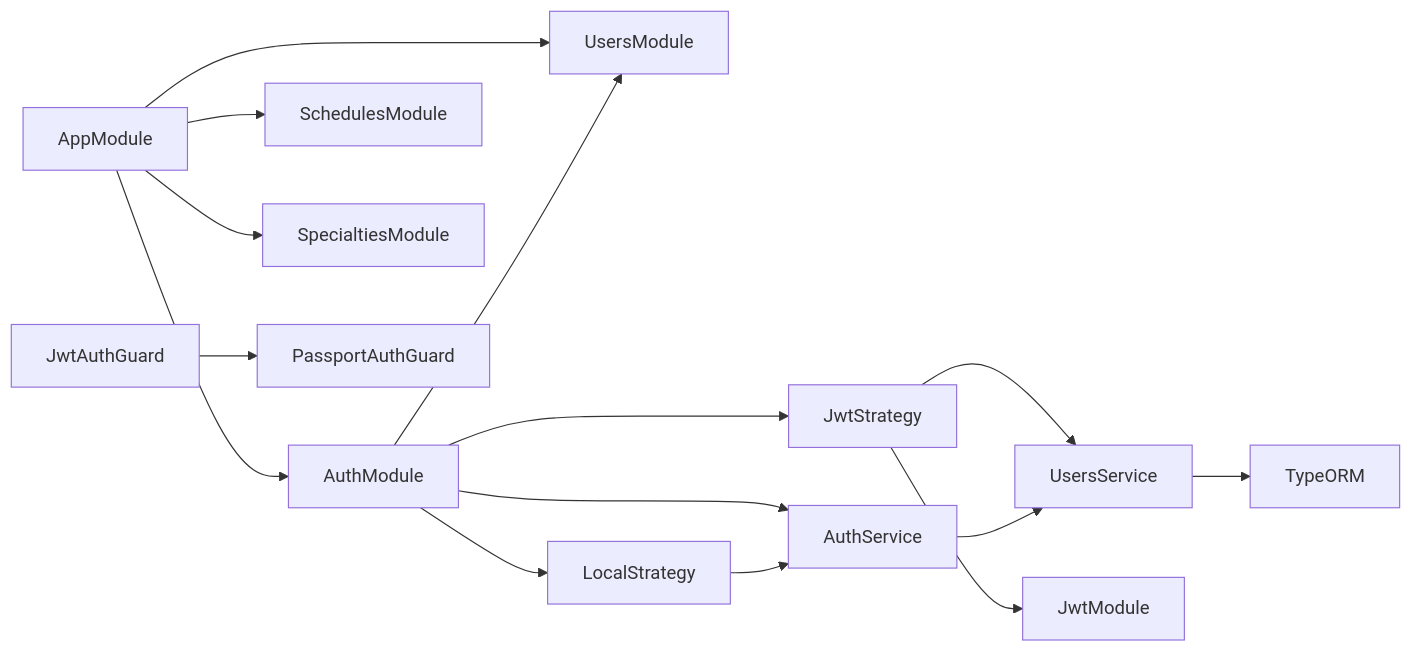
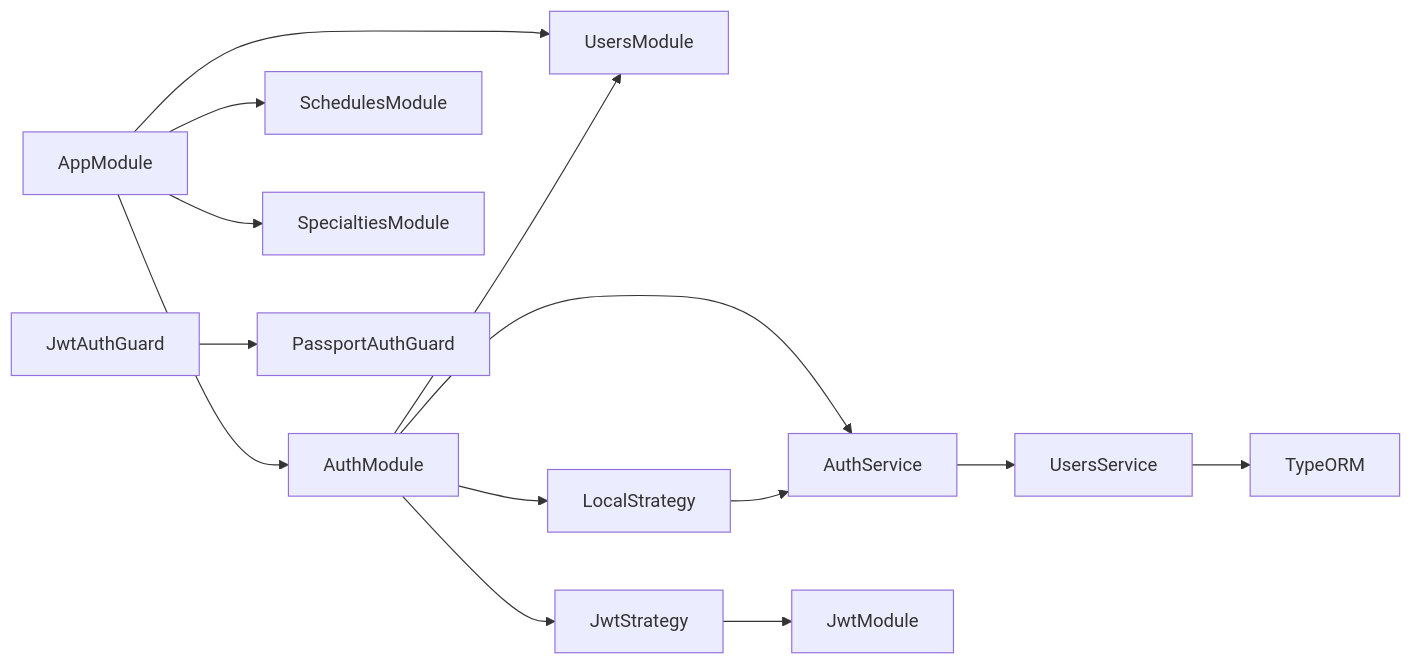
Before and after one commit to Bressane06/sgcm: the diagram in REPORT.md, drawn with Mermaid. The commit also changed other lines of this file and 35 other files, not shown here.

````diff
--- a/REPORT.md
+++ b/REPORT.md
@@ -652,19 +652,18 @@
 ```mermaid
 flowchart LR
   AppModule --> AuthModule
   AppModule --> UsersModule
   AppModule --> SchedulesModule
   AppModule --> SpecialtiesModule
 
   AuthModule --> UsersModule
   AuthModule --> LocalStrategy
   AuthModule --> JwtStrategy
   AuthModule --> AuthService
 
   JwtAuthGuard --> PassportAuthGuard
-  JwtStrategy --> UsersService
   LocalStrategy --> AuthService
   AuthService --> UsersService
   UsersService --> TypeORM
   JwtStrategy --> JwtModule
 ```
````
